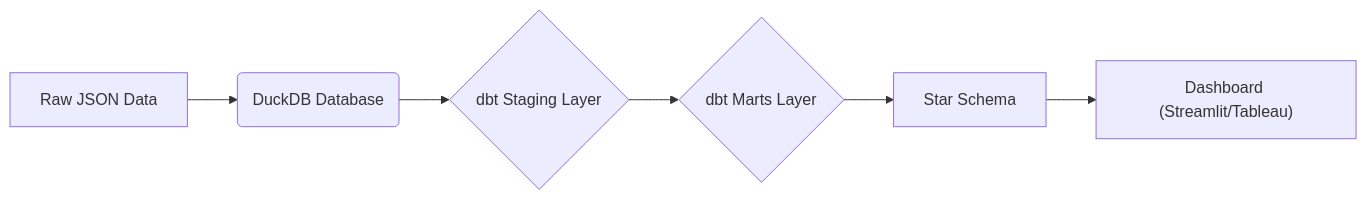
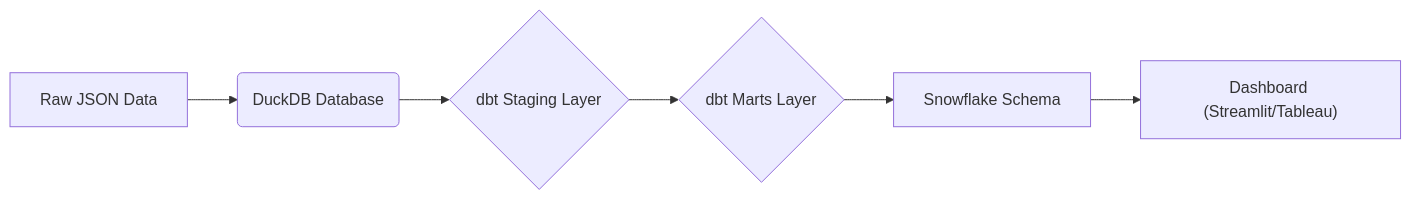
Before and after one commit to Falleiz/Data_Engineering_2: the diagram in TP2/README.md, drawn with Mermaid. The commit also changed other lines of this file and 16 other files, not shown here.

Commit message:
restructure docs and migrate dbt models to Snowflake Schema

````diff
--- a/TP2/README.md
+++ b/TP2/README.md
@@ -10,8 +10,8 @@
 ```mermaid
 graph LR
     A["Raw JSON Data"] --> B("DuckDB Database")
     B --> C{"dbt Staging Layer"}
     C --> D{"dbt Marts Layer"}
-    D --> E["Star Schema"]
+    D --> E["Snowflake Schema"]
     E --> F["Dashboard (Streamlit/Tableau)"]
 ```
````
